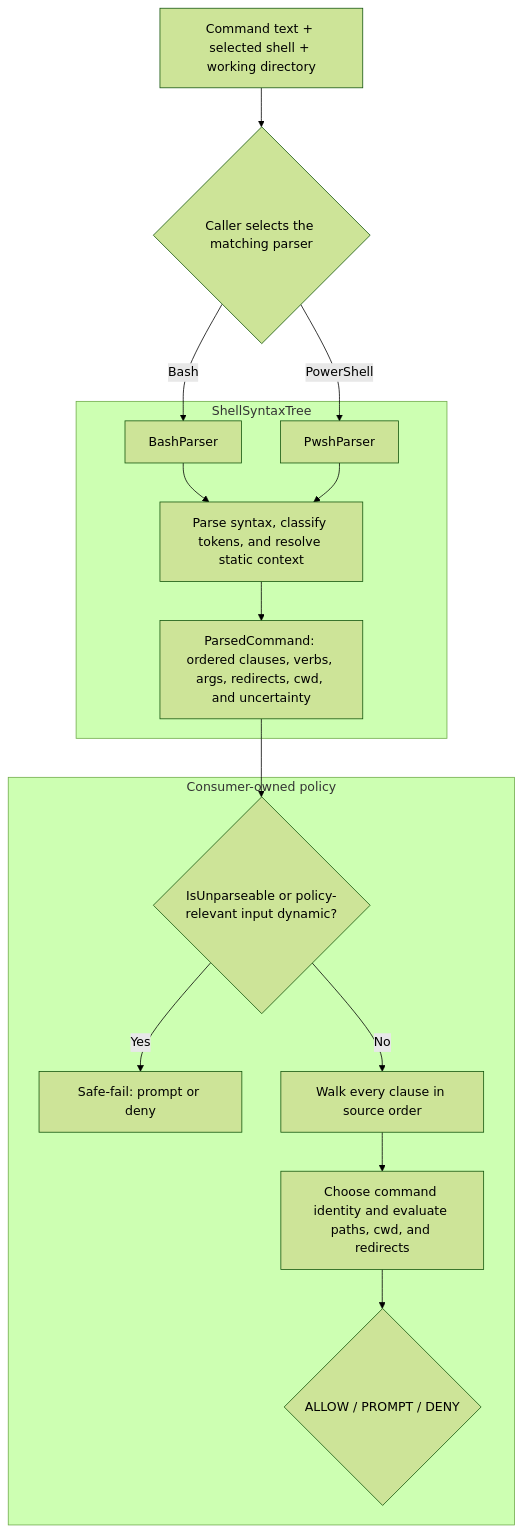
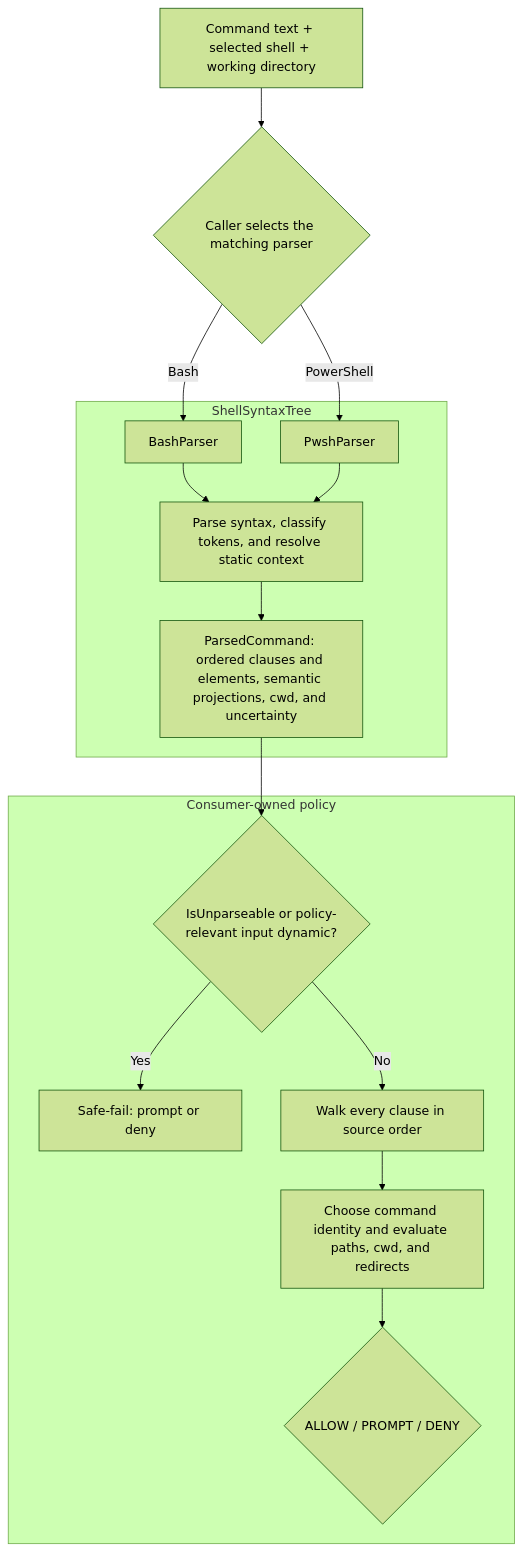
Before and after one commit to Aaronontheweb/ShellSyntaxTree: the diagram in docs/CONSUMER_GUIDE.md, drawn with Mermaid (forest theme). The commit also changed other lines of this file and 63 other files, not shown here.

First line of the commit message:
Preserve source-ordered clause elements for issue #62 (#68)

````diff
--- a/docs/CONSUMER_GUIDE.md
+++ b/docs/CONSUMER_GUIDE.md
@@ -37,25 +37,25 @@
 ```mermaid
 flowchart TD
     A["Command text + selected shell + working directory"] --> B
     B{"Caller selects the matching parser"}
 
     subgraph SST["ShellSyntaxTree"]
         C["BashParser"]
         D["PwshParser"]
         C --> E["Parse syntax, classify tokens, and resolve static context"]
         D --> E
-        E --> F["ParsedCommand: ordered clauses, verbs, args, redirects, cwd, and uncertainty"]
+        E --> F["ParsedCommand: ordered clauses and elements, semantic projections, cwd, and uncertainty"]
     end
 
     subgraph APP["Consumer-owned policy"]
         G{"IsUnparseable or policy-relevant input dynamic?"}
         G -->|Yes| H["Safe-fail: prompt or deny"]
         G -->|No| I["Walk every clause in source order"]
         I --> J["Choose command identity and evaluate paths, cwd, and redirects"]
         J --> K{"ALLOW / PROMPT / DENY"}
     end
 
     B -->|Bash| C
     B -->|PowerShell| D
     F --> G
 ```
````
